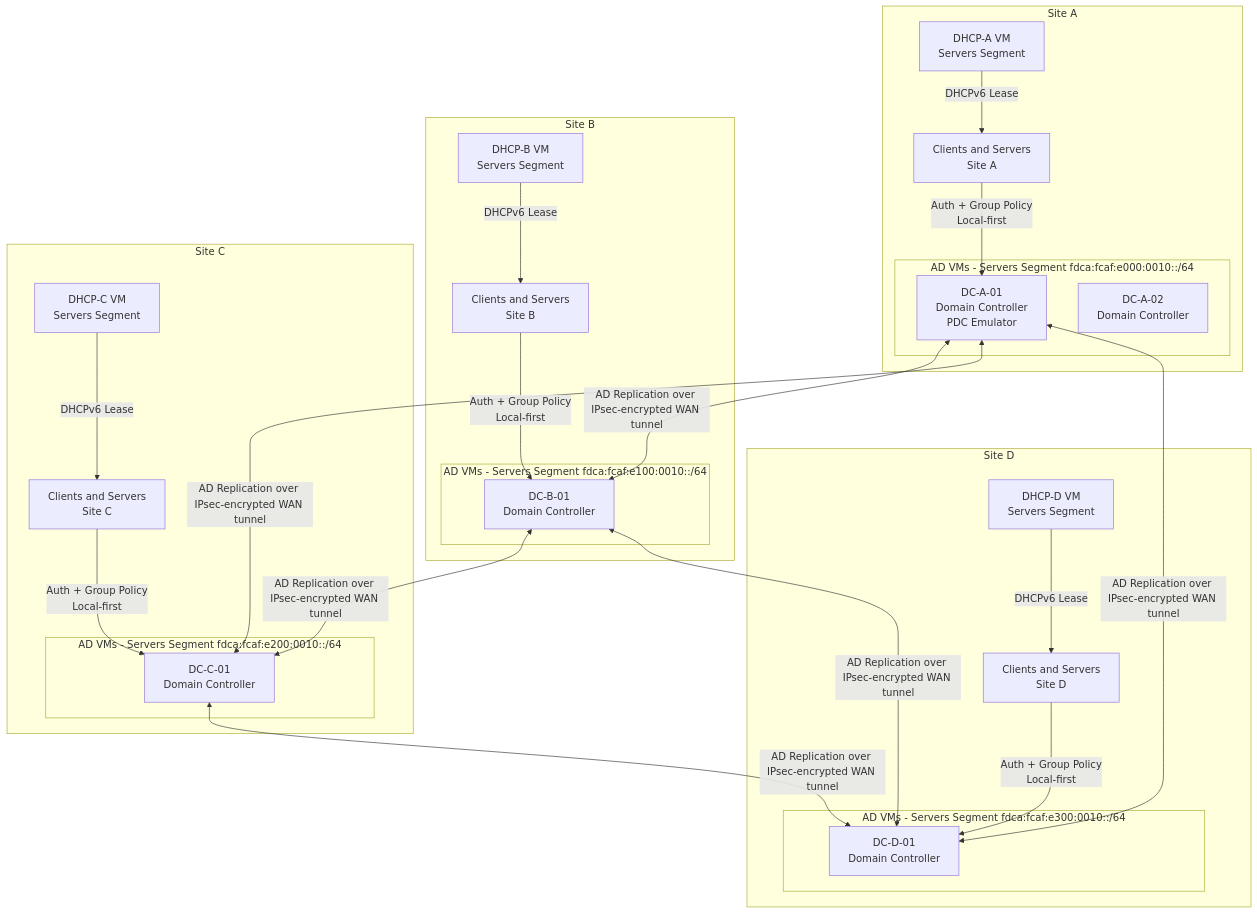
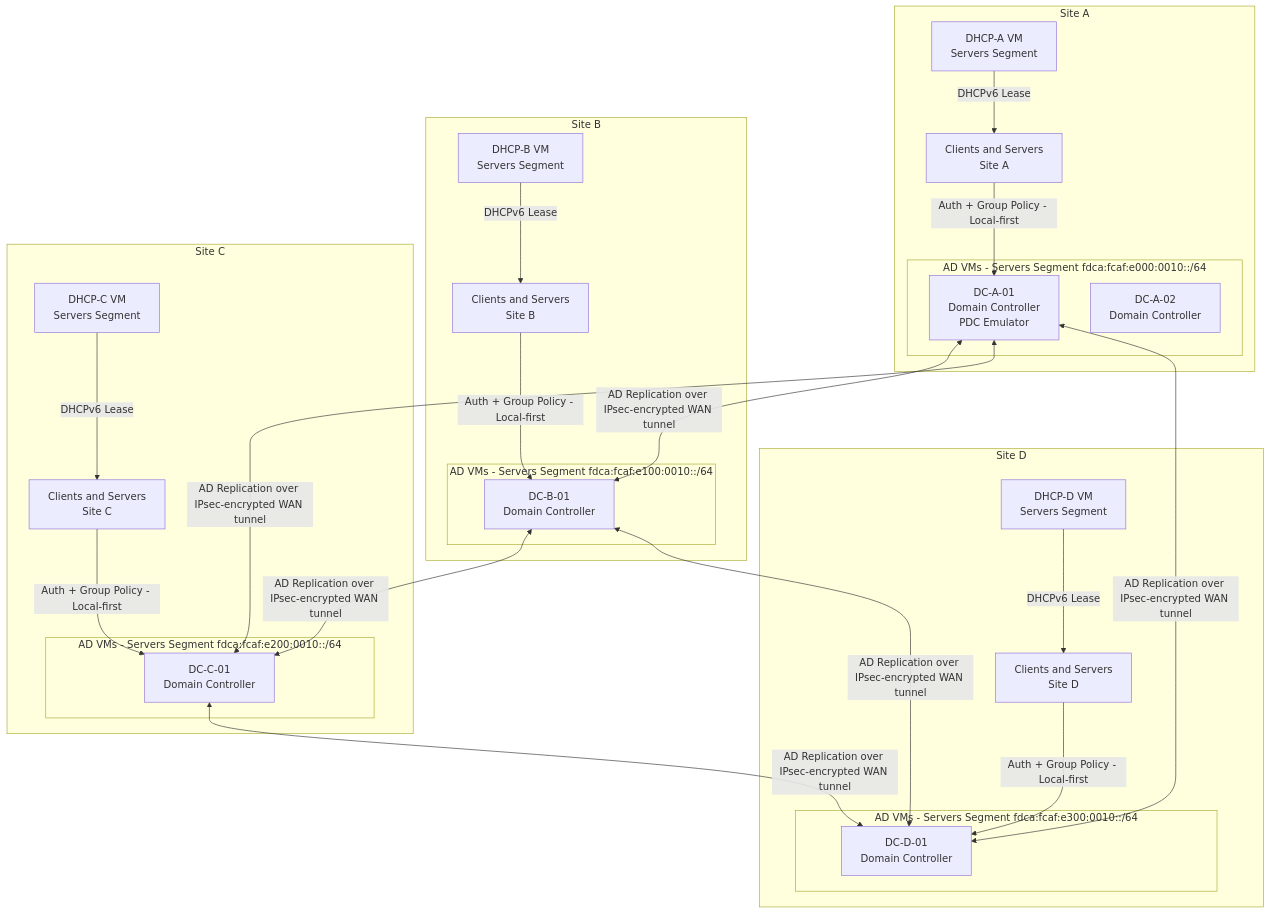
Before and after one commit to pancakesaregood/distributed-dc: the diagram in network-spanned-dc/docs/03_diagrams/dhcp_ad_services.mmd.md, drawn with Mermaid. The commit also changed 8 other files, not shown here.

````diff
--- a/network-spanned-dc/docs/03_diagrams/dhcp_ad_services.mmd.md
+++ b/network-spanned-dc/docs/03_diagrams/dhcp_ad_services.mmd.md
@@ -7,53 +7,53 @@
 ```mermaid
 graph TD
 
   subgraph SA[Site A]
     subgraph ADSA[AD VMs - Servers Segment fdca:fcaf:e000:0010::/64]
-      DCA1[DC-A-01\nDomain Controller\nPDC Emulator]
-      DCA2[DC-A-02\nDomain Controller]
+      DCA1["DC-A-01<br/>Domain Controller<br/>PDC Emulator"]
+      DCA2["DC-A-02<br/>Domain Controller"]
     end
-    DHCPA[DHCP-A VM\nServers Segment]
-    CLTA[Clients and Servers\nSite A]
+    DHCPA["DHCP-A VM<br/>Servers Segment"]
+    CLTA["Clients and Servers<br/>Site A"]
   end
 
   subgraph SB[Site B]
     subgraph ADSB[AD VMs - Servers Segment fdca:fcaf:e100:0010::/64]
-      DCB1[DC-B-01\nDomain Controller]
+      DCB1["DC-B-01<br/>Domain Controller"]
     end
-    DHCPB[DHCP-B VM\nServers Segment]
-    CLTB[Clients and Servers\nSite B]
+    DHCPB["DHCP-B VM<br/>Servers Segment"]
+    CLTB["Clients and Servers<br/>Site B"]
   end
 
   subgraph SC[Site C]
     subgraph ADSC[AD VMs - Servers Segment fdca:fcaf:e200:0010::/64]
-      DCC1[DC-C-01\nDomain Controller]
+      DCC1["DC-C-01<br/>Domain Controller"]
     end
-    DHCPC[DHCP-C VM\nServers Segment]
-    CLTC[Clients and Servers\nSite C]
+    DHCPC["DHCP-C VM<br/>Servers Segment"]
+    CLTC["Clients and Servers<br/>Site C"]
   end
 
   subgraph SD[Site D]
     subgraph ADSD[AD VMs - Servers Segment fdca:fcaf:e300:0010::/64]
-      DCD1[DC-D-01\nDomain Controller]
+      DCD1["DC-D-01<br/>Domain Controller"]
     end
-    DHCPD[DHCP-D VM\nServers Segment]
-    CLTD[Clients and Servers\nSite D]
+    DHCPD["DHCP-D VM<br/>Servers Segment"]
+    CLTD["Clients and Servers<br/>Site D"]
   end
 
   DCA1 <-->|AD Replication over IPsec-encrypted WAN tunnel| DCB1
   DCA1 <-->|AD Replication over IPsec-encrypted WAN tunnel| DCC1
   DCA1 <-->|AD Replication over IPsec-encrypted WAN tunnel| DCD1
   DCB1 <-->|AD Replication over IPsec-encrypted WAN tunnel| DCC1
   DCB1 <-->|AD Replication over IPsec-encrypted WAN tunnel| DCD1
   DCC1 <-->|AD Replication over IPsec-encrypted WAN tunnel| DCD1
 
   DHCPA -->|DHCPv6 Lease| CLTA
   DHCPB -->|DHCPv6 Lease| CLTB
   DHCPC -->|DHCPv6 Lease| CLTC
   DHCPD -->|DHCPv6 Lease| CLTD
 
-  CLTA -->|Auth + Group Policy\nLocal-first| DCA1
-  CLTB -->|Auth + Group Policy\nLocal-first| DCB1
-  CLTC -->|Auth + Group Policy\nLocal-first| DCC1
-  CLTD -->|Auth + Group Policy\nLocal-first| DCD1
+  CLTA -->|Auth + Group Policy - Local-first| DCA1
+  CLTB -->|Auth + Group Policy - Local-first| DCB1
+  CLTC -->|Auth + Group Policy - Local-first| DCC1
+  CLTD -->|Auth + Group Policy - Local-first| DCD1
 ```
````
